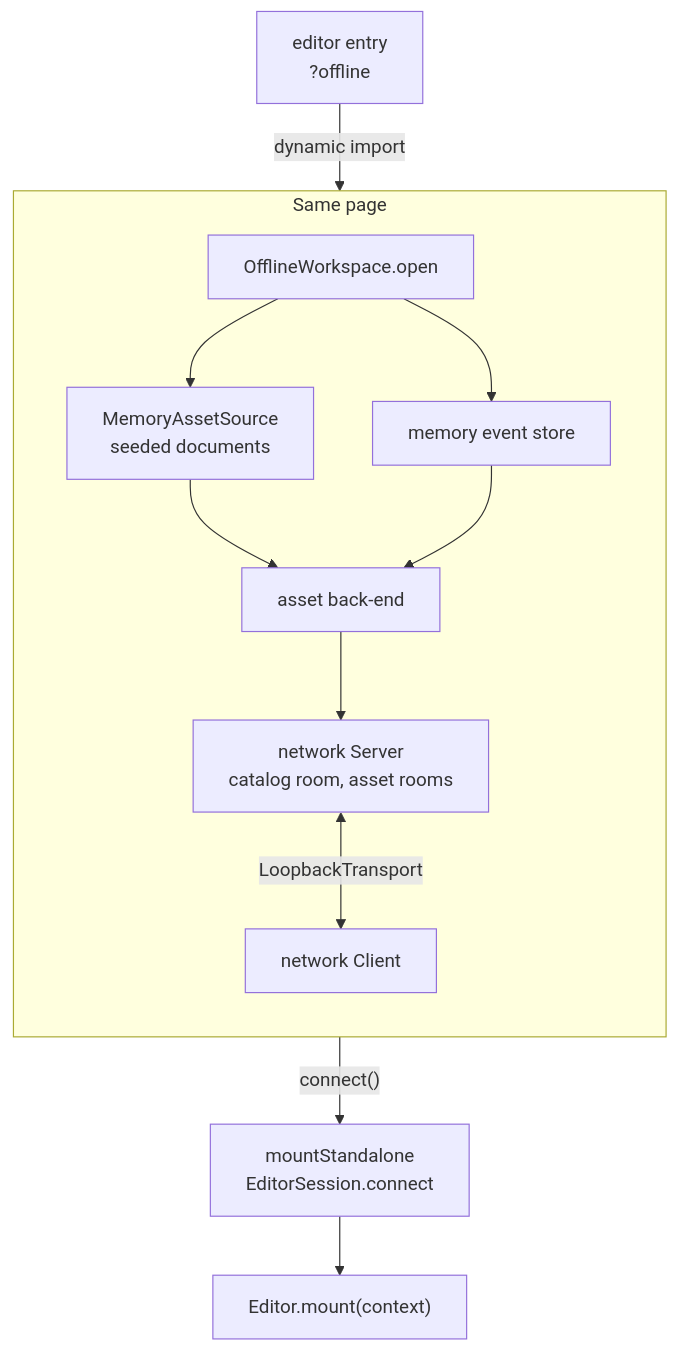
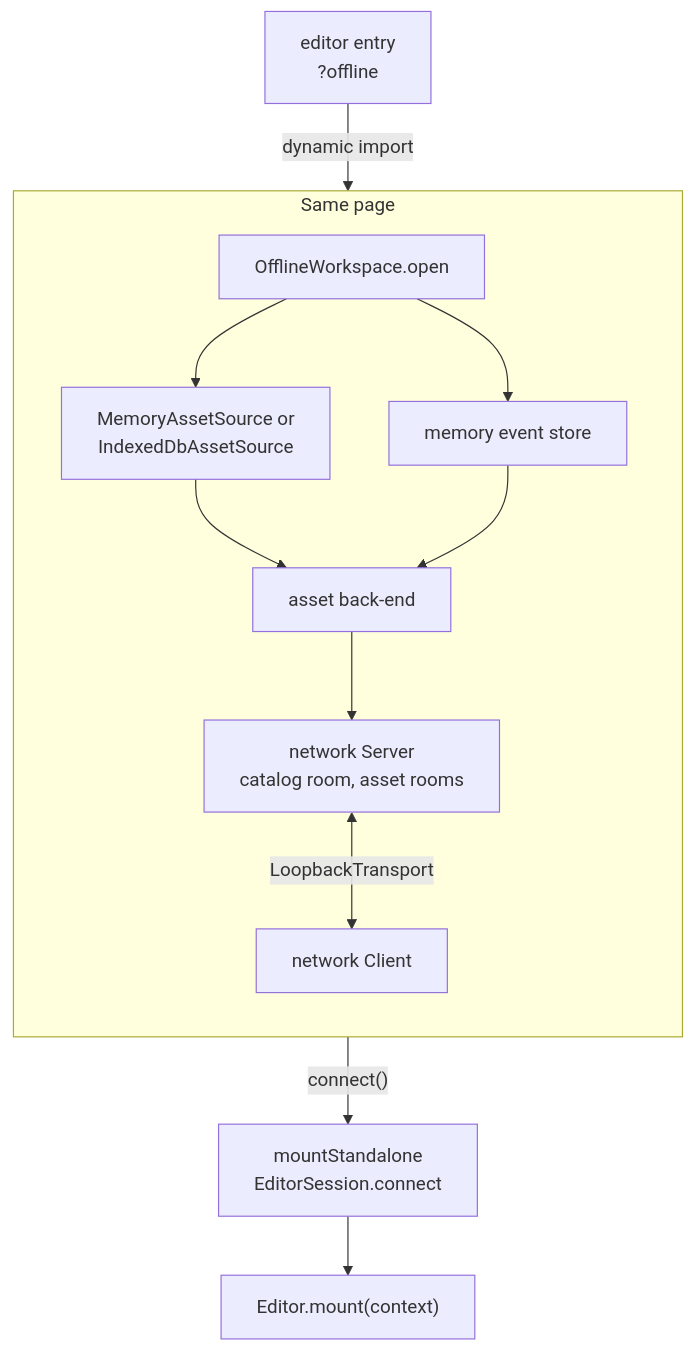
One commit to JollyPixel/editor changed the tenth of 10 diagrams in packages/editors/host/ARCHITECTURE.md. Above: the diagram before and after it, drawn with Mermaid. The commit also changed other lines of this file and 17 other files, not shown here.

Commit message:
docs: complete ARCHITECTURE.md and GLOSSARY.md across workspaces (#752)

````diff
--- a/packages/editors/host/ARCHITECTURE.md
+++ b/packages/editors/host/ARCHITECTURE.md
@@ -231,17 +303,17 @@
 ```mermaid
 flowchart TB
   Editor["editor entry<br/>?offline"] -->|"dynamic import"| Offline["OfflineWorkspace.open"]
 
   subgraph Page["Same page"]
     direction TB
-    Offline --> Source["MemoryAssetSource<br/>seeded documents"]
+    Offline --> Source["MemoryAssetSource or<br/>IndexedDbAssetSource"]
     Offline --> Events["memory event store"]
     Source --> Backend["asset back-end"]
     Events --> Backend
     Backend --> Server["network Server<br/>catalog room, asset rooms"]
     Server <-->|"LoopbackTransport"| Client["network Client"]
   end
 
   Client -->|"connect()"| Mount["mountStandalone<br/>EditorSession.connect"]
   Mount --> MountFn["Editor.mount(context)"]
 ```
````
